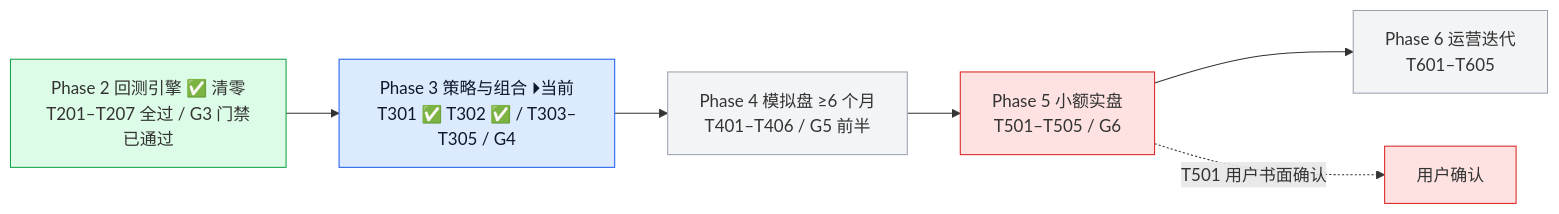
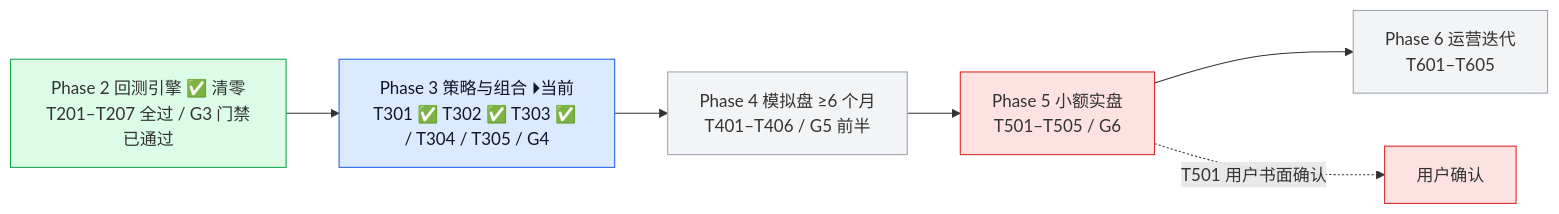
Before and after one commit to YZml1507/FinAI2.0: the fourth of 4 diagrams in docs/project_status_flowchart.md, drawn with Mermaid. The commit also changed other lines of this file and 3 other files, not shown here.

Commit message:
docs: T303 状态标记 — CLAUDE.md §0/§5/§7 + spec 快照 + 流程图（T303 ✅ / 432 绿 / 当前位 T304）

````diff
--- a/docs/project_status_flowchart.md
+++ b/docs/project_status_flowchart.md
@@ -76,14 +76,14 @@
 ```mermaid
 flowchart LR
-  P2[Phase 2 回测引擎 ✅ 清零<br/>T201–T207 全过 / G3 门禁已通过] --> P3[Phase 3 策略与组合 ⏵当前<br/>T301 ✅ T302 ✅ / T303–T305 / G4]
+  P2[Phase 2 回测引擎 ✅ 清零<br/>T201–T207 全过 / G3 门禁已通过] --> P3[Phase 3 策略与组合 ⏵当前<br/>T301 ✅ T302 ✅ T303 ✅ / T304 / T305 / G4]
   P3 --> P4[Phase 4 模拟盘 ≥6 个月<br/>T401–T406 / G5 前半]
   P4 --> P5[Phase 5 小额实盘<br/>T501–T505 / G6]
   P5 --> P6[Phase 6 运营迭代<br/>T601–T605]
   P5 -.->|T501 用户书面确认| USER[用户确认]
   style P2 fill:#dcfce7,stroke:#16a34a
   style P3 fill:#dbeafe,stroke:#2563eb,color:#0f172a
   style P4 fill:#f3f4f6,stroke:#9ca3af
   style P5 fill:#fee2e2,stroke:#dc2626
   style P6 fill:#f3f4f6,stroke:#9ca3af
   style USER fill:#fee2e2,stroke:#dc2626
 ```
````
